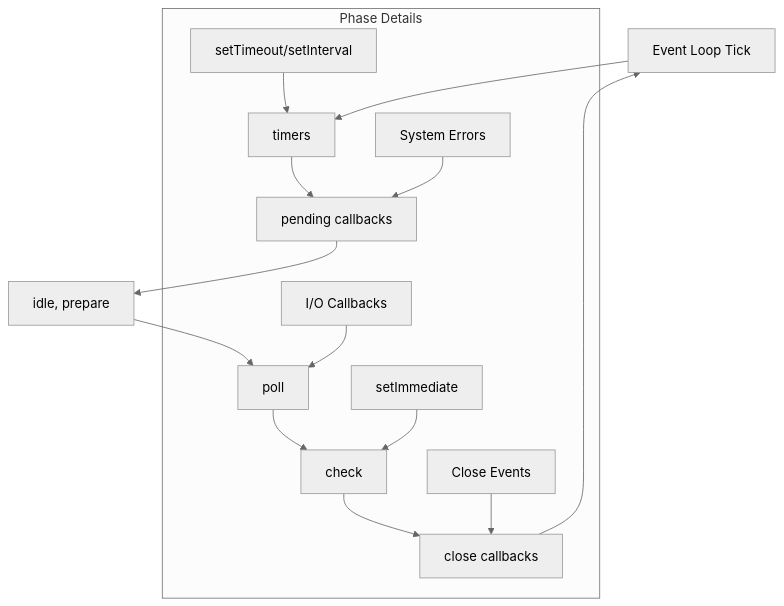
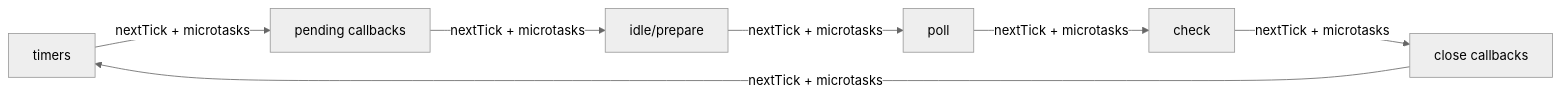
The diagram in v4/content/articles/browser-runtime-internals/js-runtime-internals/nodejs-event-loop/README.md (sujeet-pro/legacy-personal-site), drawn with Mermaid (neutral theme) before and after one commit. The commit also changed other lines of this file and 18 other files, not shown here.

````diff
--- a/v4/content/articles/browser-runtime-internals/js-runtime-internals/nodejs-event-loop/README.md
+++ b/v4/content/articles/browser-runtime-internals/js-runtime-internals/nodejs-event-loop/README.md
@@ -30,18 +46,9 @@
 ```mermaid
-graph TD
-    A[Event Loop Tick] --> B[timers]
-    B --> C[pending callbacks]
-    C --> D[idle, prepare]
-    D --> E[poll]
-    E --> F[check]
-    F --> G[close callbacks]
-    G --> A
-
-    subgraph "Phase Details"
-        H[setTimeout/setInterval] --> B
-        I[System Errors] --> C
-        J[I/O Callbacks] --> E
-        K[setImmediate] --> F
-        L[Close Events] --> G
-    end
+flowchart LR
+  T[timers] -->|nextTick + microtasks| P[pending callbacks]
+  P -->|nextTick + microtasks| I[idle/prepare]
+  I -->|nextTick + microtasks| PO[poll]
+  PO -->|nextTick + microtasks| C[check]
+  C -->|nextTick + microtasks| CL[close callbacks]
+  CL -->|nextTick + microtasks| T
 ```
````
